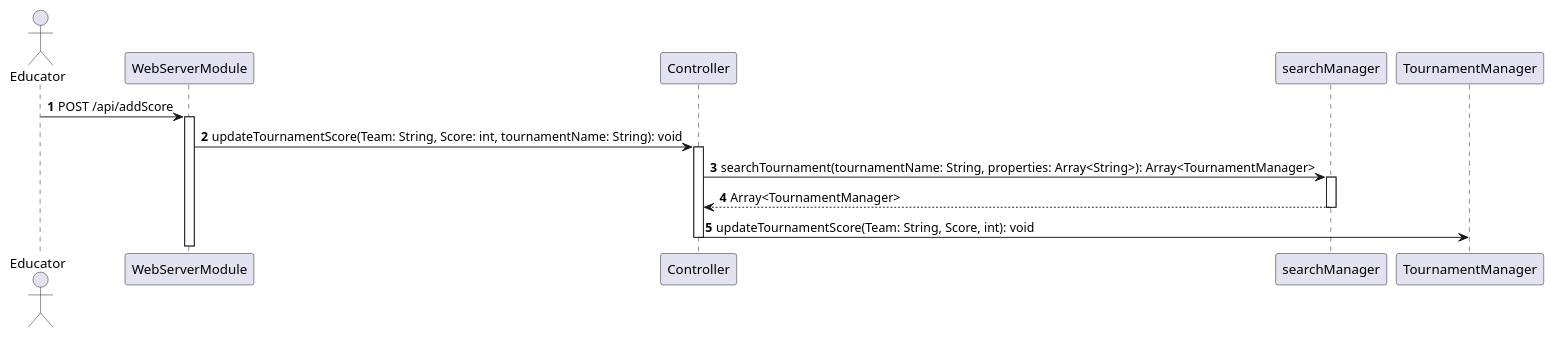
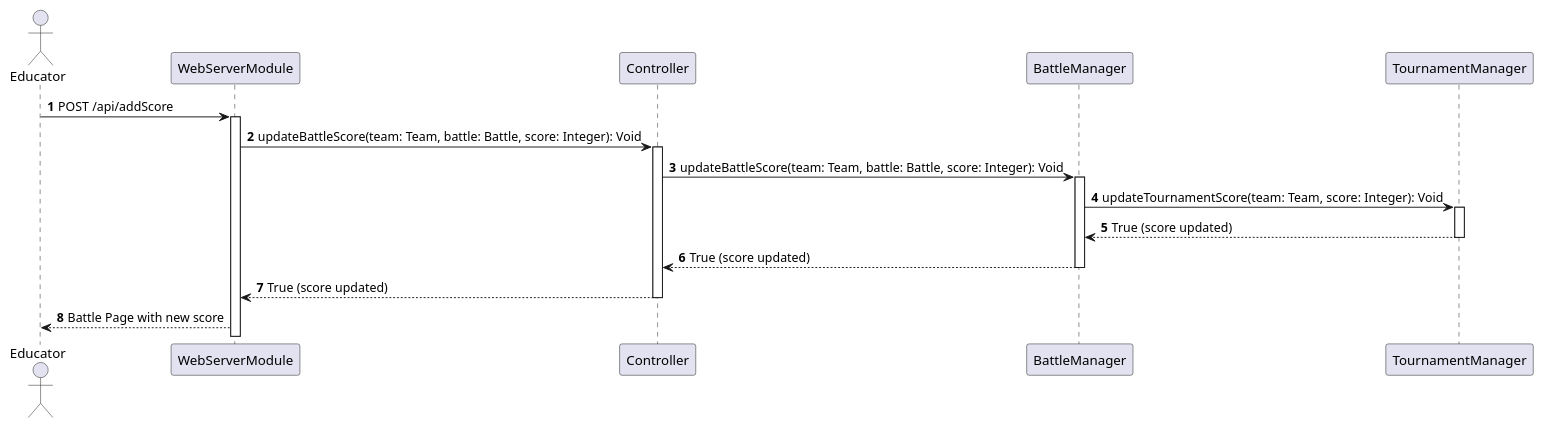
The diagram in _DD/Images/sequenceDiagrams/updateTournamentScoreEducator.wsd (Angelo7672/SE2_Requirement-and-Design-Document), drawn with PlantUML before and after one commit. The commit also changed 5 other files, not shown here.

```diff
--- a/_DD/Images/sequenceDiagrams/updateTournamentScoreEducator.wsd
+++ b/_DD/Images/sequenceDiagrams/updateTournamentScoreEducator.wsd
@@ -1,23 +1,27 @@
 @startuml
 
 autonumber
 
 actor Educator as U
 participant WebServerModule as WS
 participant Controller as C
-participant searchManager as SM
+participant BattleManager as BM
 participant TournamentManager as TM
-
 
 U->WS: POST /api/addScore
 activate WS
-WS->C: updateTournamentScore(Team: String, Score: int, tournamentName: String): void
+WS->C: updateBattleScore(team: Team, battle: Battle, score: Integer): Void
 activate C
-C->SM: searchTournament(tournamentName: String, properties: Array<String>): Array<TournamentManager>
-activate SM
-SM-->C: Array<TournamentManager>
-deactivate SM
-C-> TM: updateTournamentScore(Team: String, Score, int): void
+C->BM: updateBattleScore(team: Team, battle: Battle, score: Integer): Void
+activate BM
+BM->TM: updateTournamentScore(team: Team, score: Integer): Void
+activate TM
+TM-->BM: True (score updated)
+deactivate TM
+BM-->C: True (score updated)
+deactivate BM
+C-->WS: True (score updated)
 deactivate C
+WS-->U: Battle Page with new score
 
 @enduml
```
